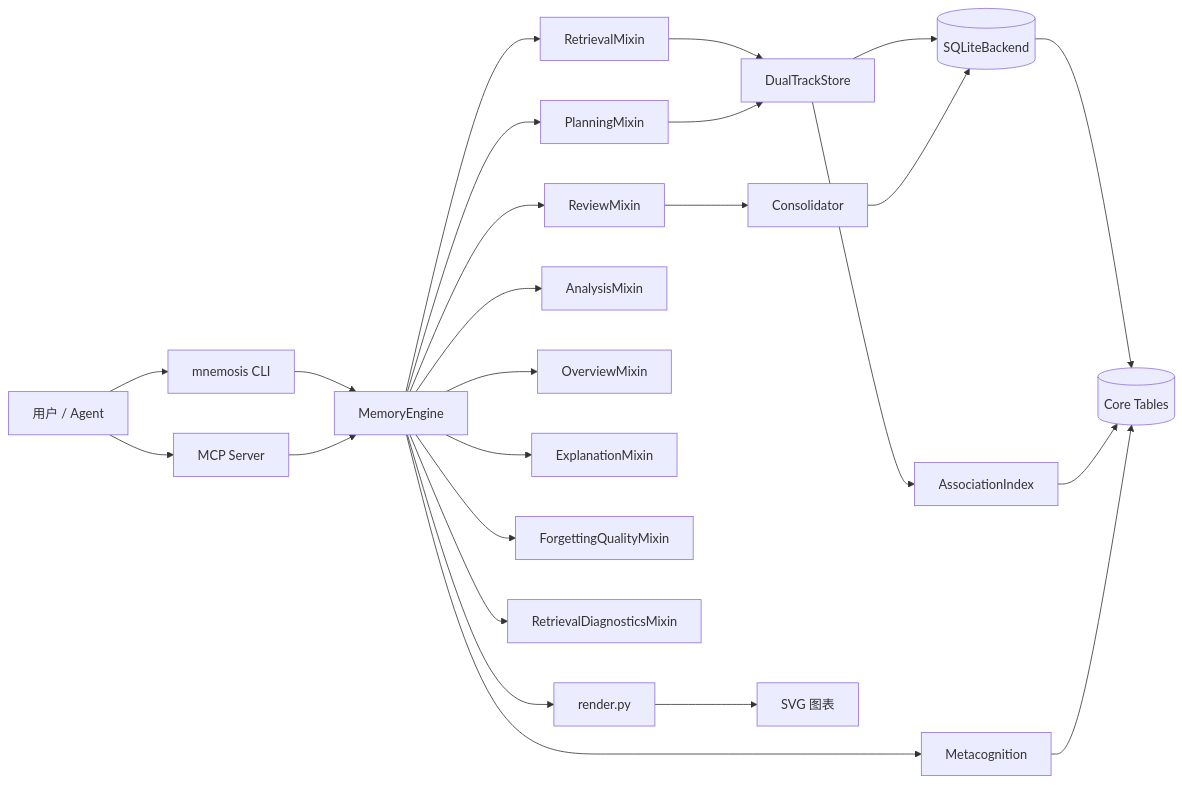
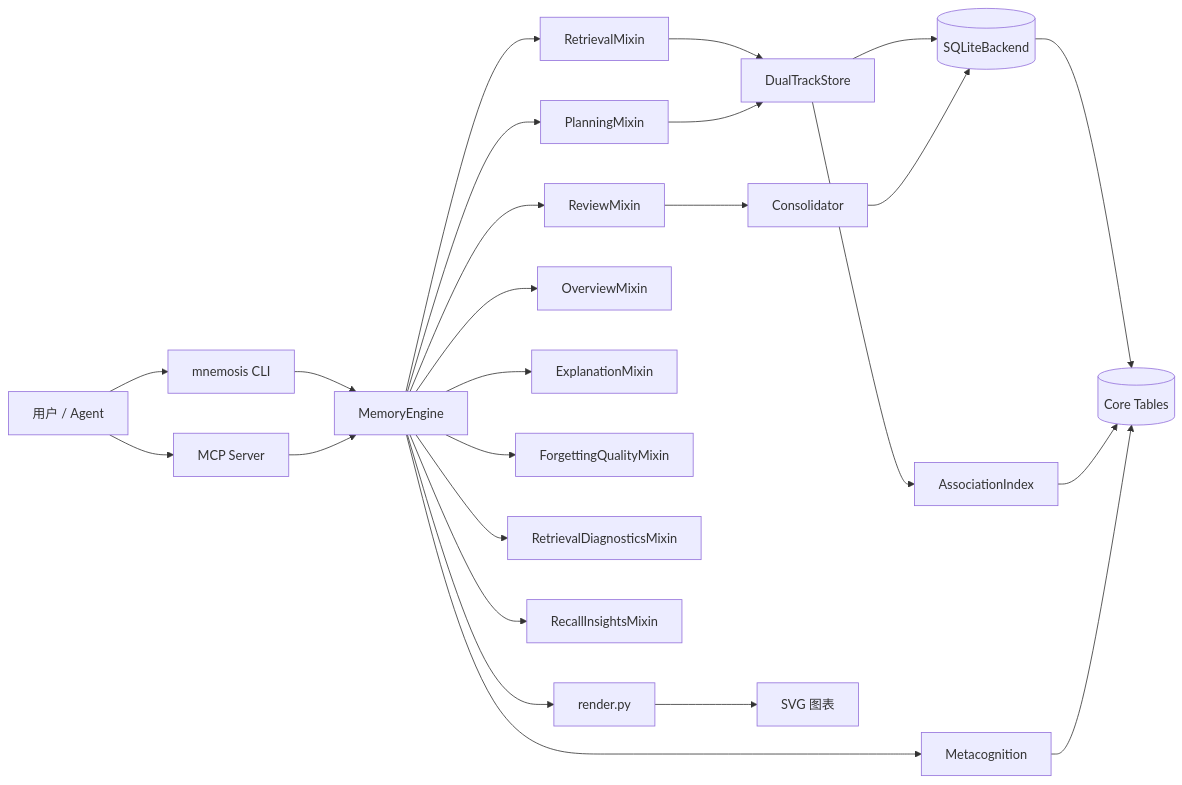
Before and after one commit to liyexiaoyi/Mnemosis: the diagram in docs/architecture.md, drawn with Mermaid. The commit also changed other lines of this file and 2 other files, not shown here.

Commit message:
refactor: split recall-insight methods into RecallInsightsMixin and remove analysis_mixin (final slice)

````diff
--- a/docs/architecture.md
+++ b/docs/architecture.md
@@ -83,27 +83,27 @@
 ```mermaid
 flowchart LR
     U["用户 / Agent"] --> CLI["mnemosis CLI"]
     U --> MCP["MCP Server"]
     CLI --> E[MemoryEngine]
     MCP --> E
     E --> RM[RetrievalMixin]
     E --> PM[PlanningMixin]
     E --> VM[ReviewMixin]
-    E --> AM[AnalysisMixin]
     E --> OM[OverviewMixin]
     E --> EM[ExplanationMixin]
     E --> FM[ForgettingQualityMixin]
     E --> RD[RetrievalDiagnosticsMixin]
+    E --> RI[RecallInsightsMixin]
     RM --> DT[DualTrackStore]
     PM --> DT
     VM --> C[Consolidator]
     DT --> B[(SQLiteBackend)]
     C --> B
     B --> L[("Core Tables")]
     DT --> AI[AssociationIndex]
     E --> MC[Metacognition]
     E --> R[render.py]
     R --> SVG["SVG 图表"]
     AI --> L
     MC --> L
 ```
````
